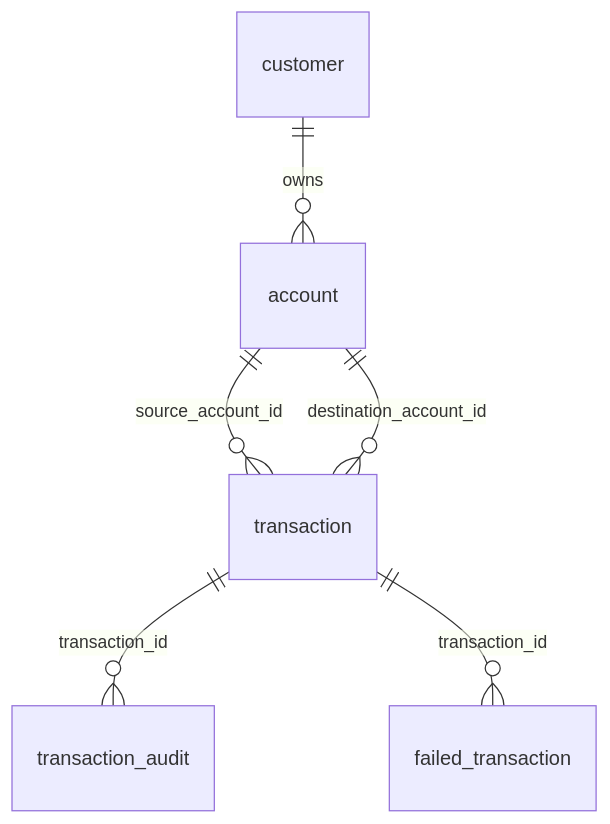
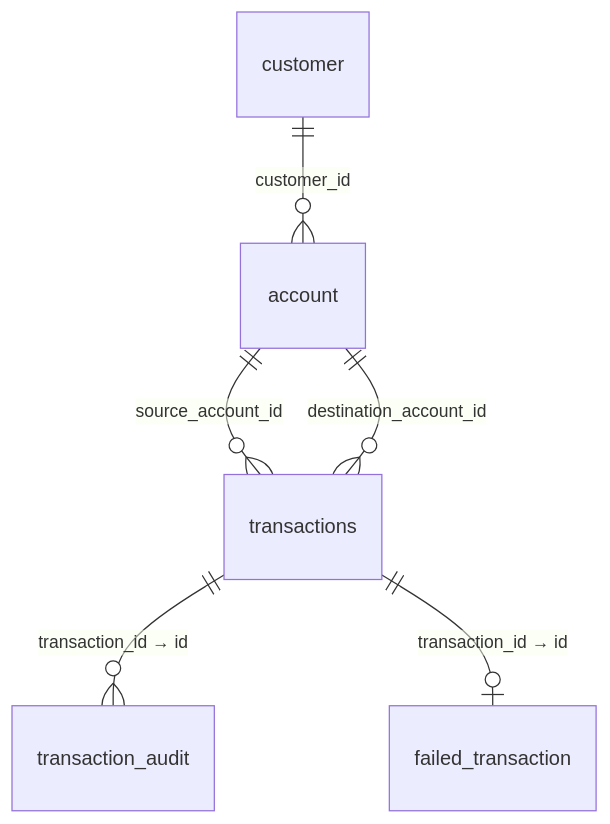
The diagram in Database_Document.md (yatinder2327/banking-transaction-system), drawn with Mermaid before and after one commit. The commit also changed other lines of this file and 8 other files, not shown here.

````diff
--- a/Database_Document.md
+++ b/Database_Document.md
@@ -38,8 +39,8 @@
 ```mermaid
 erDiagram
-    customer ||--o{ account : "owns"
-    account ||--o{ transaction : "source_account_id"
-    account ||--o{ transaction : "destination_account_id"
-    transaction ||--o{ transaction_audit : "transaction_id"
-    transaction ||--o{ failed_transaction : "transaction_id"
+    customer ||--o{ account : "customer_id"
+    account ||--o{ transactions : "source_account_id"
+    account ||--o{ transactions : "destination_account_id"
+    transactions ||--o{ transaction_audit : "transaction_id → id"
+    transactions ||--o| failed_transaction : "transaction_id → id"
 ```
````
